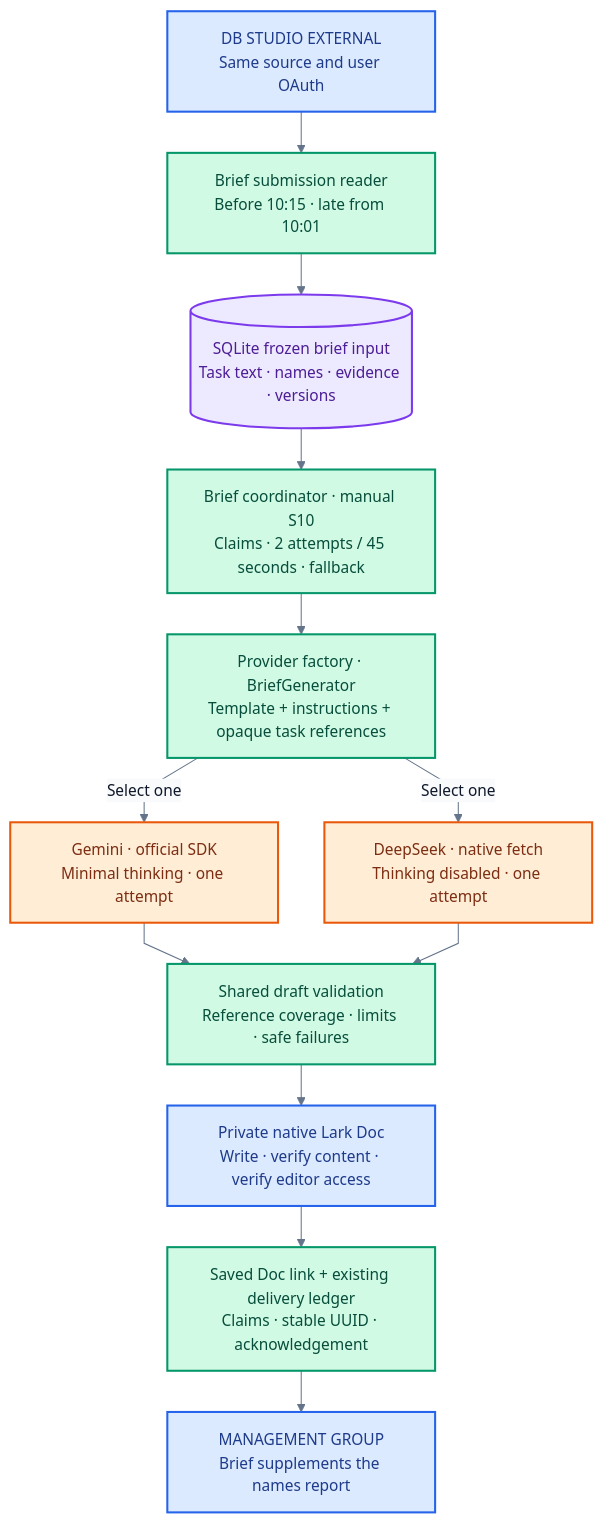
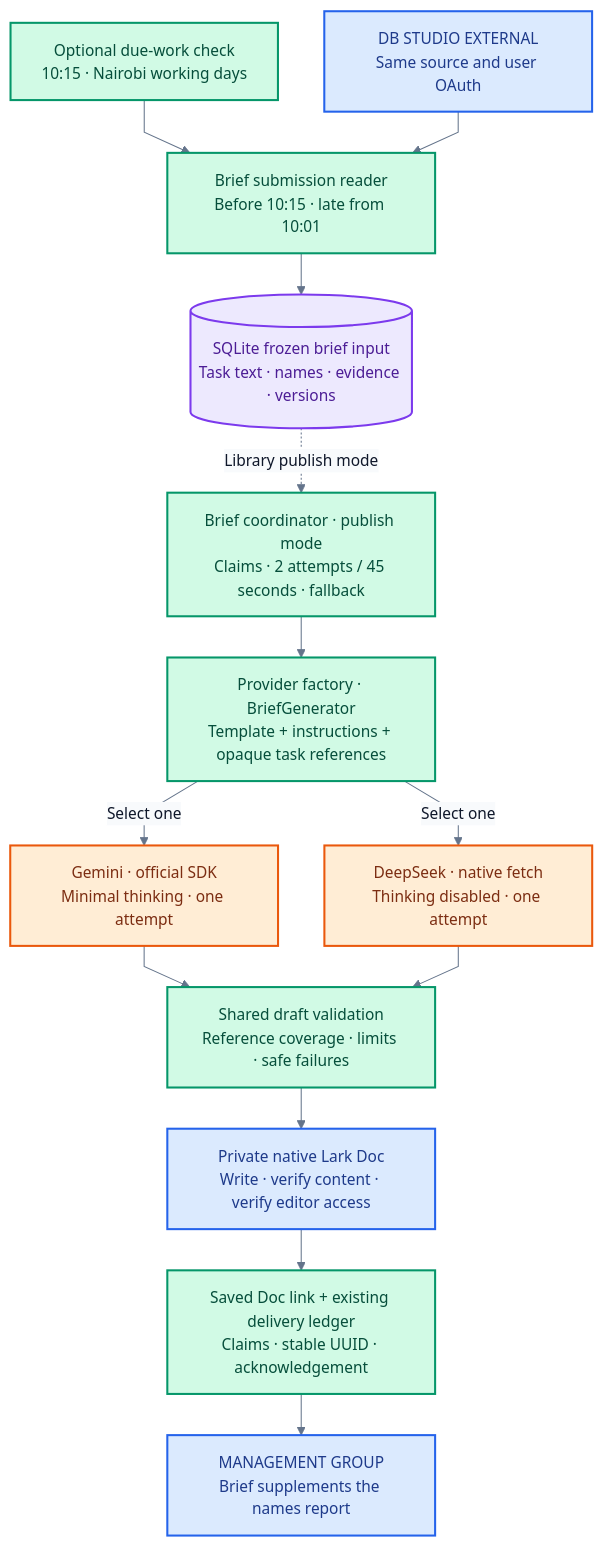
The second of 4 diagrams in README.md (mbeka02/task-list-submission-automation), drawn with Mermaid before and after one commit. The commit also changed other lines of this file and 1 other file, not shown here.

Commit message:
docs(worker): explain brief capture configuration and recovery

````diff
--- a/README.md
+++ b/README.md
@@ -85,33 +86,35 @@
 ```mermaid
 %%{init: {"theme":"base","themeVariables":{"fontFamily":"sans-serif","fontSize":"15px","lineColor":"#64748b","primaryTextColor":"#0f172a","edgeLabelBackground":"#f8fafc"},"flowchart":{"curve":"linear","nodeSpacing":45,"rankSpacing":40}}}%%
 flowchart TB
+    SCHEDULE_AI["Optional due-work check<br/>10:15 · Nairobi working days"]:::worker
     SOURCE_AI["DB STUDIO EXTERNAL<br/>Same source and user OAuth"]:::lark
     CAPTURE["Brief submission reader<br/>Before 10:15 · late from 10:01"]:::worker
     INPUT[("SQLite frozen brief input<br/>Task text · names · evidence · versions")]:::storage
-    COORD["Brief coordinator · manual S10<br/>Claims · 2 attempts / 45 seconds · fallback"]:::worker
+    COORD["Brief coordinator · publish mode<br/>Claims · 2 attempts / 45 seconds · fallback"]:::worker
     SELECT["Provider factory · BriefGenerator<br/>Template + instructions + opaque task references"]:::worker
     GEMINI["Gemini · official SDK<br/>Minimal thinking · one attempt"]:::provider
     DEEPSEEK["DeepSeek · native fetch<br/>Thinking disabled · one attempt"]:::provider
     VALIDATE["Shared draft validation<br/>Reference coverage · limits · safe failures"]:::worker
     DOC["Private native Lark Doc<br/>Write · verify content · verify editor access"]:::lark
     LINK["Saved Doc link + existing delivery ledger<br/>Claims · stable UUID · acknowledgement"]:::worker
     MANAGEMENT["MANAGEMENT GROUP<br/>Brief supplements the names report"]:::lark
 
+    SCHEDULE_AI --> CAPTURE
     SOURCE_AI --> CAPTURE
     CAPTURE --> INPUT
-    INPUT --> COORD
+    INPUT -.->|Library publish mode| COORD
     COORD --> SELECT
     SELECT -->|Select one| GEMINI
     SELECT -->|Select one| DEEPSEEK
     GEMINI --> VALIDATE
     DEEPSEEK --> VALIDATE
     VALIDATE --> DOC
     DOC --> LINK
     LINK --> MANAGEMENT
 
     classDef lark fill:#dbeafe,stroke:#2563eb,color:#1e3a8a,stroke-width:2px;
     classDef worker fill:#d1fae5,stroke:#059669,color:#064e3b,stroke-width:2px;
     classDef storage fill:#ede9fe,stroke:#7c3aed,color:#4c1d95,stroke-width:2px;
     classDef provider fill:#ffedd5,stroke:#ea580c,color:#7c2d12,stroke-width:2px;
     classDef planned fill:#f1f5f9,stroke:#64748b,color:#334155,stroke-width:2px,stroke-dasharray:5 4;
 ```
````
